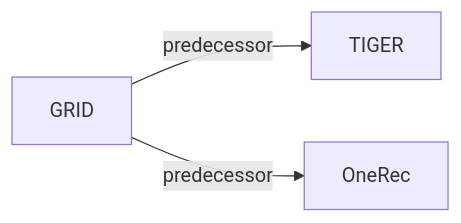
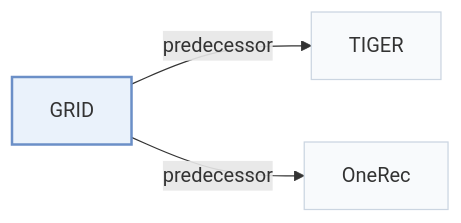
Before and after one commit to Galaxy-ghost/Awesome-SID-Generative-Rec: the third of 3 diagrams in pages/papers/grid.md, drawn with Mermaid. The commit also changed other lines of this file and 649 other files, not shown here.

Commit message:
writer-05: also tags and modality index (schema, check, build, visuals); summary field removed; calibration data for 12 papers

````diff
--- a/pages/papers/grid.md
+++ b/pages/papers/grid.md
@@ -120,6 +134,10 @@
 ```mermaid
 flowchart LR
     P["GRID"]
-    P -->|predecessor| A["TIGER"]
-    P -->|predecessor| B["OneRec"]
+    P -->|"predecessor"| A["TIGER"]
+    P -->|"predecessor"| B["OneRec"]
+    classDef main fill:#eaf2fb,stroke:#6b8fc7,stroke-width:2px
+    classDef peer fill:#f8fafc,stroke:#cbd5e1
+    class P main
+    class A,B peer
 ```
````
